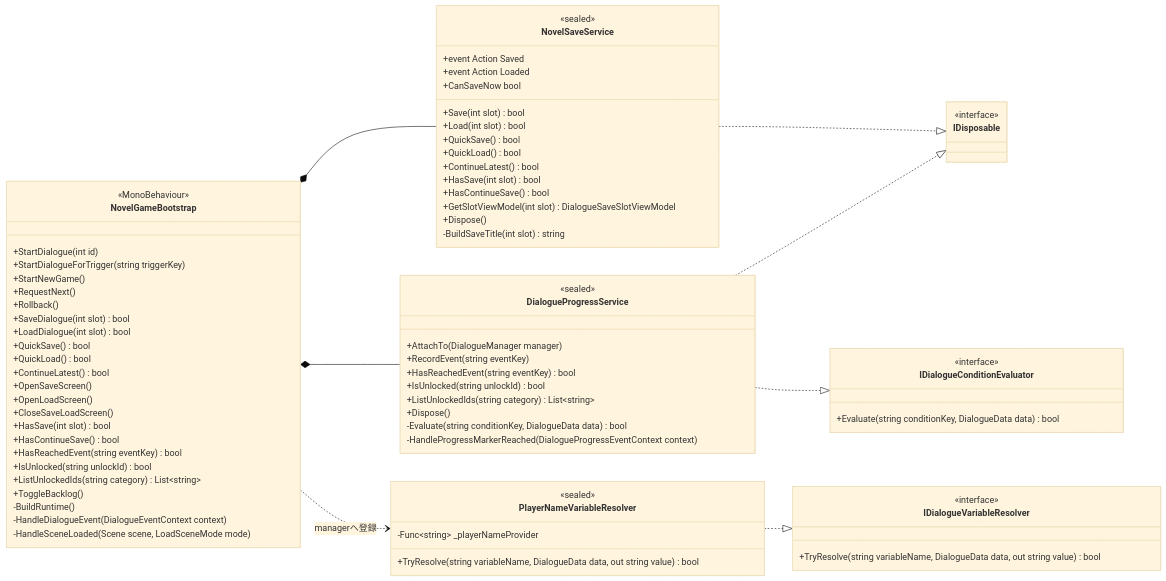
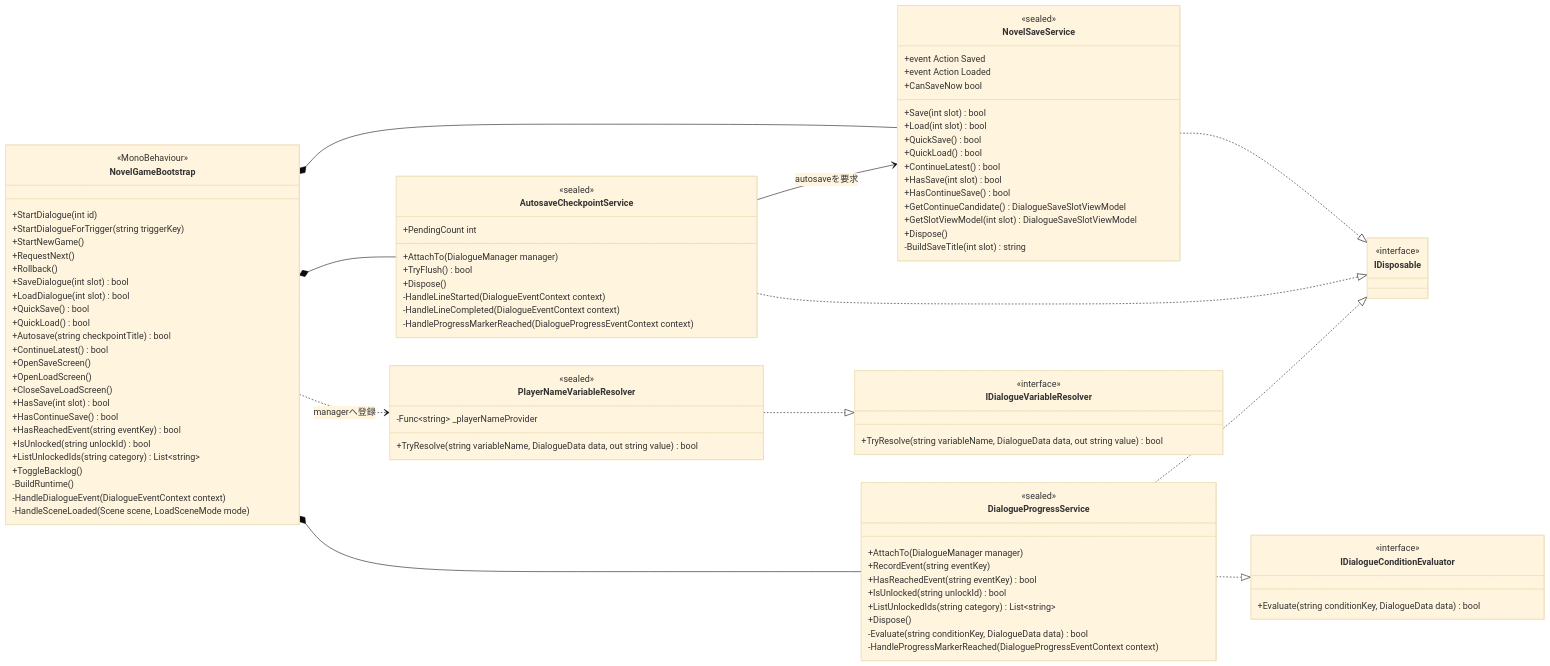
Before and after one commit to kkmia417/WhiteRoom: the third of 5 diagrams in docs/architecture/class-diagram.ja.md, drawn with Mermaid (base theme). The commit also changed other lines of this file and 11 other files, not shown here.

```diff
--- a/docs/architecture/class-diagram.ja.md
+++ b/docs/architecture/class-diagram.ja.md
@@ -141,6 +146,7 @@
         +LoadDialogue(int slot) bool
         +QuickSave() bool
         +QuickLoad() bool
+        +Autosave(string checkpointTitle) bool
         +ContinueLatest() bool
         +OpenSaveScreen()
         +OpenLoadScreen()
@@ -168,9 +174,21 @@
         +ContinueLatest() bool
         +HasSave(int slot) bool
         +HasContinueSave() bool
+        +GetContinueCandidate() DialogueSaveSlotViewModel
         +GetSlotViewModel(int slot) DialogueSaveSlotViewModel
         +Dispose()
         -BuildSaveTitle(int slot) string
+    }
+
+    class AutosaveCheckpointService {
+        <<sealed>>
+        +PendingCount int
+        +AttachTo(DialogueManager manager)
+        +TryFlush() bool
+        +Dispose()
+        -HandleLineStarted(DialogueEventContext context)
+        -HandleLineCompleted(DialogueEventContext context)
+        -HandleProgressMarkerReached(DialogueProgressEventContext context)
     }
 
     class DialogueProgressService {
@@ -204,9 +222,12 @@
     }
 
     NovelGameBootstrap *-- NovelSaveService
+    NovelGameBootstrap *-- AutosaveCheckpointService
     NovelGameBootstrap *-- DialogueProgressService
     NovelGameBootstrap ..> PlayerNameVariableResolver : managerへ登録
     NovelSaveService ..|> IDisposable
+    AutosaveCheckpointService ..|> IDisposable
+    AutosaveCheckpointService --> NovelSaveService : autosaveを要求
     DialogueProgressService ..|> IDisposable
     DialogueProgressService ..|> IDialogueConditionEvaluator
     PlayerNameVariableResolver ..|> IDialogueVariableResolver
```
